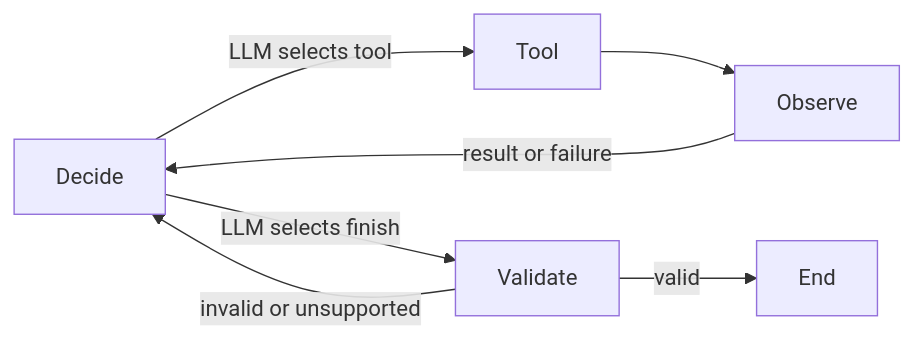
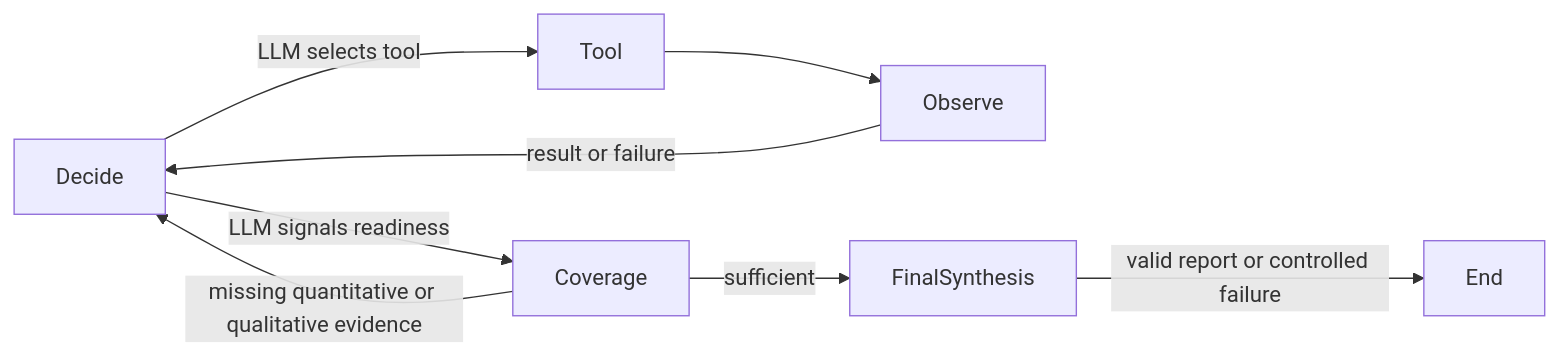
Before and after one commit to Randimal/CDAZZDEV-MLE-Poshitha-Malagala: the diagram in task3_agentic/README.md, drawn with Mermaid. The commit also changed other lines of this file and 15 other files, not shown here.

````diff
--- a/task3_agentic/README.md
+++ b/task3_agentic/README.md
@@ -21,9 +23,10 @@
 ```mermaid
 flowchart LR
   Decide -->|LLM selects tool| Tool
   Tool --> Observe
   Observe -->|result or failure| Decide
-  Decide -->|LLM selects finish| Validate
-  Validate -->|invalid or unsupported| Decide
-  Validate -->|valid| End
+  Decide -->|LLM signals readiness| Coverage
+  Coverage -->|missing quantitative or qualitative evidence| Decide
+  Coverage -->|sufficient| FinalSynthesis
+  FinalSynthesis -->|valid report or controlled failure| End
 ```
````
